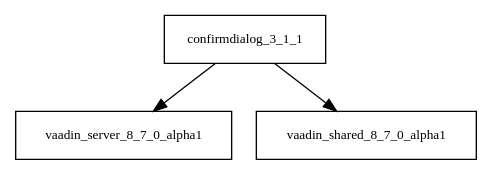
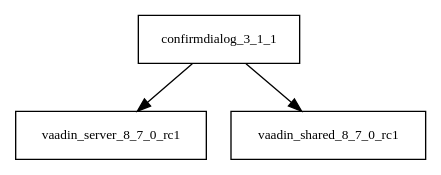
The diagram in tattleTaleReport/graphviz/confirmdialog-3.1.1.jar/confirmdialog-3.1.1.jar.dot (Hack23/cia), drawn with Graphviz before and after one commit. The commit also changed 4761 other files, not shown here.

```diff
--- a/tattleTaleReport/graphviz/confirmdialog-3.1.1.jar/confirmdialog-3.1.1.jar.dot
+++ b/tattleTaleReport/graphviz/confirmdialog-3.1.1.jar/confirmdialog-3.1.1.jar.dot
@@ -1,5 +1,5 @@
 digraph confirmdialog_3_1_1_dependencies {
   node [shape = box, fontsize=10.0];
-  confirmdialog_3_1_1 -> vaadin_server_8_7_0_alpha1;
-  confirmdialog_3_1_1 -> vaadin_shared_8_7_0_alpha1;
+  confirmdialog_3_1_1 -> vaadin_server_8_7_0_rc1;
+  confirmdialog_3_1_1 -> vaadin_shared_8_7_0_rc1;
 }
```
